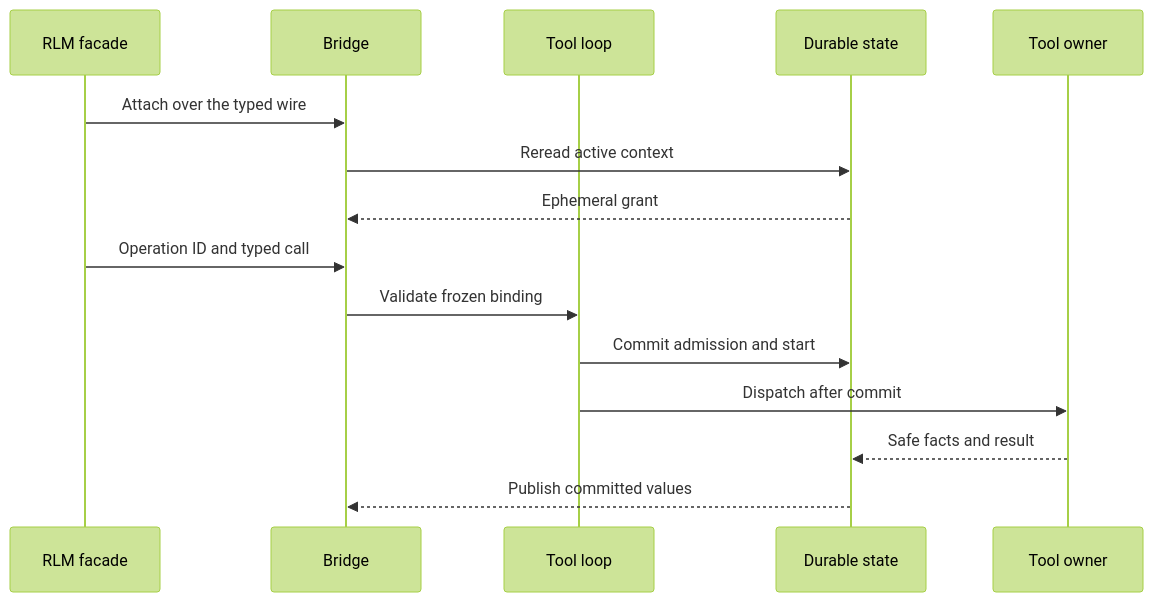
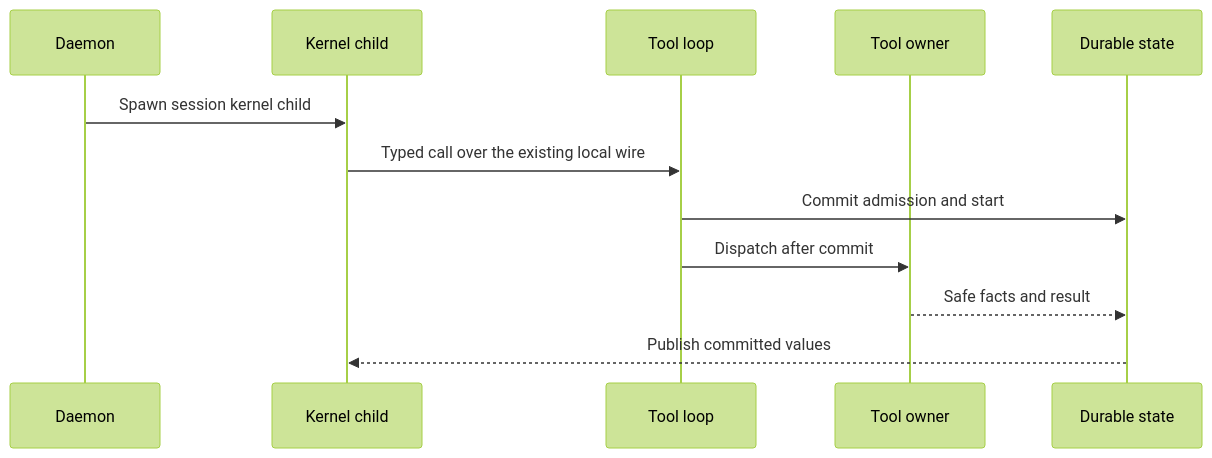
One commit to y0tsy/intention-relay changed the diagram in docs/intention-relay/architecture/19-gateway-rlm-bridge.md. Above: the diagram before and after it, drawn with Mermaid (forest theme). The commit also changed other lines of this file and 9 other files, not shown here.

First line of the commit message:
docs(architecture): execute Wave R4 for the future packages and domains

````diff
--- a/docs/intention-relay/architecture/19-gateway-rlm-bridge.md
+++ b/docs/intention-relay/architecture/19-gateway-rlm-bridge.md
@@ -113,18 +59,15 @@
 ```mermaid
 sequenceDiagram
-  participant F as RLM facade
-  participant B as Bridge
+  participant D as Daemon
+  participant K as Kernel child
   participant L as Tool loop
-  participant D as Durable state
   participant T as Tool owner
+  participant S as Durable state
 
-  F->>B: Attach over the typed wire
-  B->>D: Reread active context
-  D-->>B: Ephemeral grant
-  F->>B: Operation ID and typed call
-  B->>L: Validate frozen binding
-  L->>D: Commit admission and start
+  D->>K: Spawn session kernel child
+  K->>L: Typed call over the existing local wire
+  L->>S: Commit admission and start
   L->>T: Dispatch after commit
-  T-->>D: Safe facts and result
-  D-->>B: Publish committed values
+  T-->>S: Safe facts and result
+  S-->>K: Publish committed values
 ```
````
